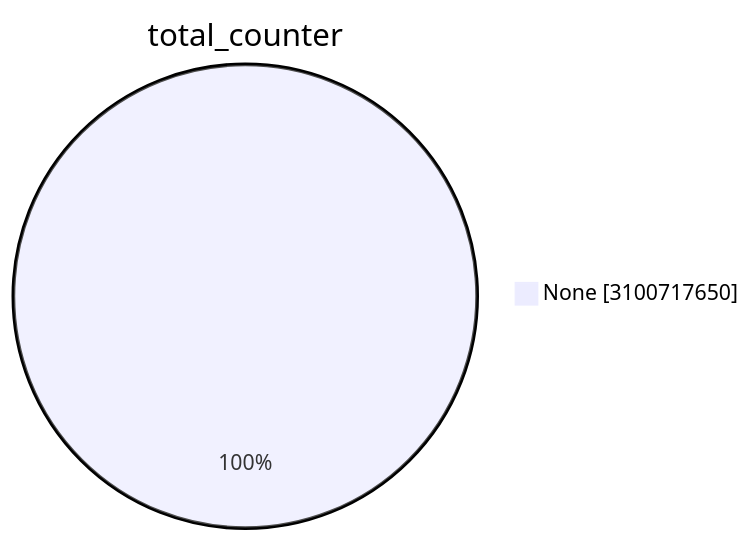
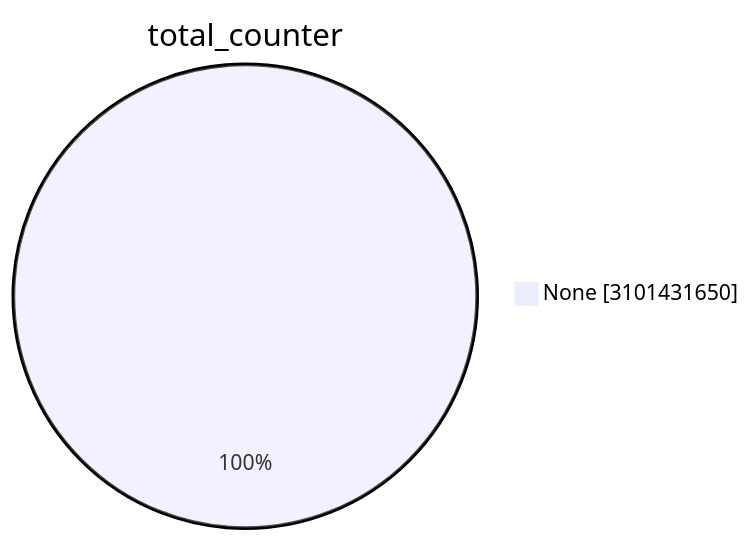
One commit to christiankrug/ctmonitor_visualization changed the first of 15 diagrams in TOTAL/README.md. Above: the diagram before and after it, drawn with Mermaid. The commit also changed other lines of this file, not shown here.

````diff
--- a/TOTAL/README.md
+++ b/TOTAL/README.md
@@ -1,5 +1,5 @@
 ```mermaid
 pie showData
 title total_counter
-"None" :3100717650
+"None" :3101431650
 ```
````
